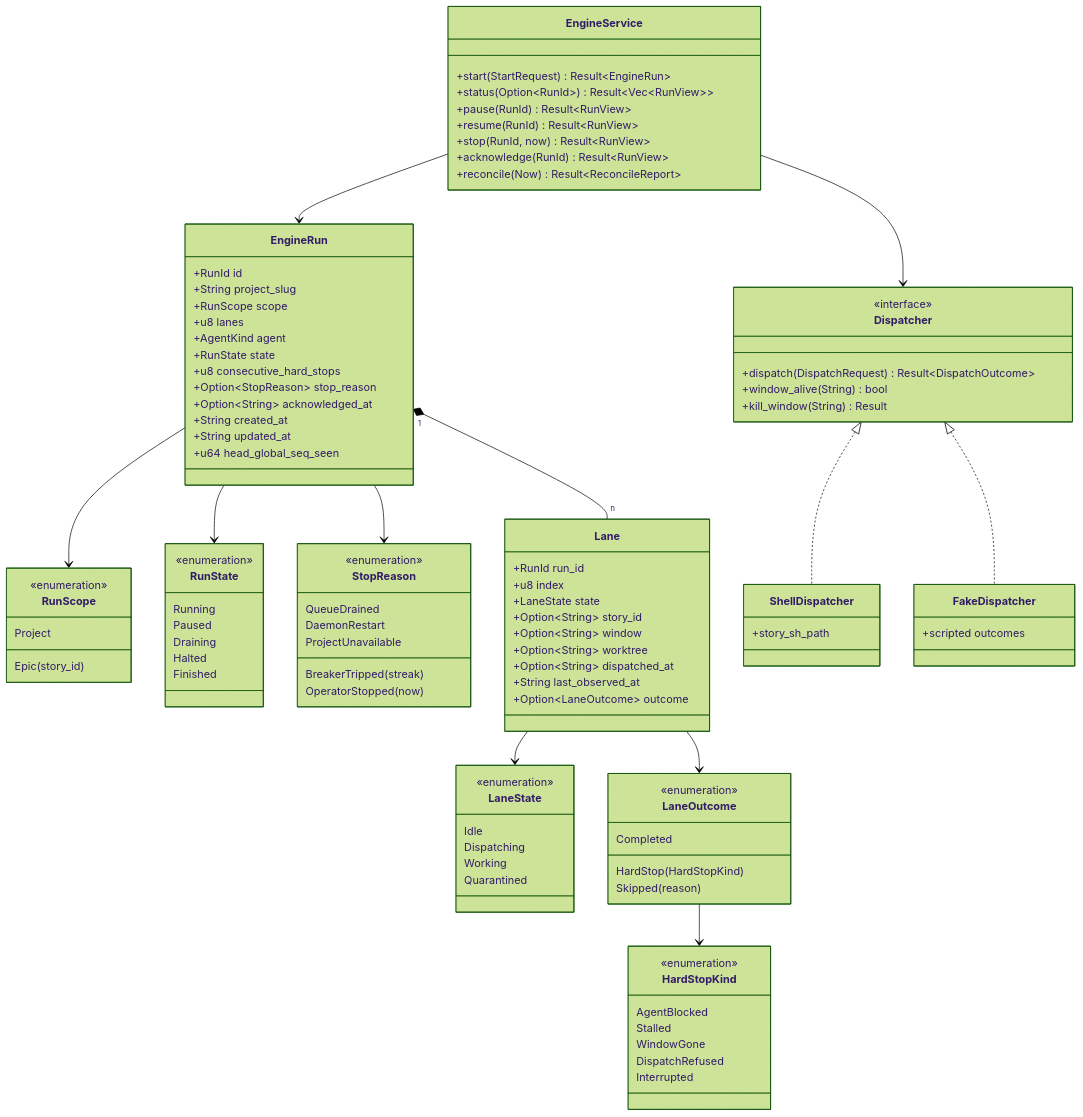
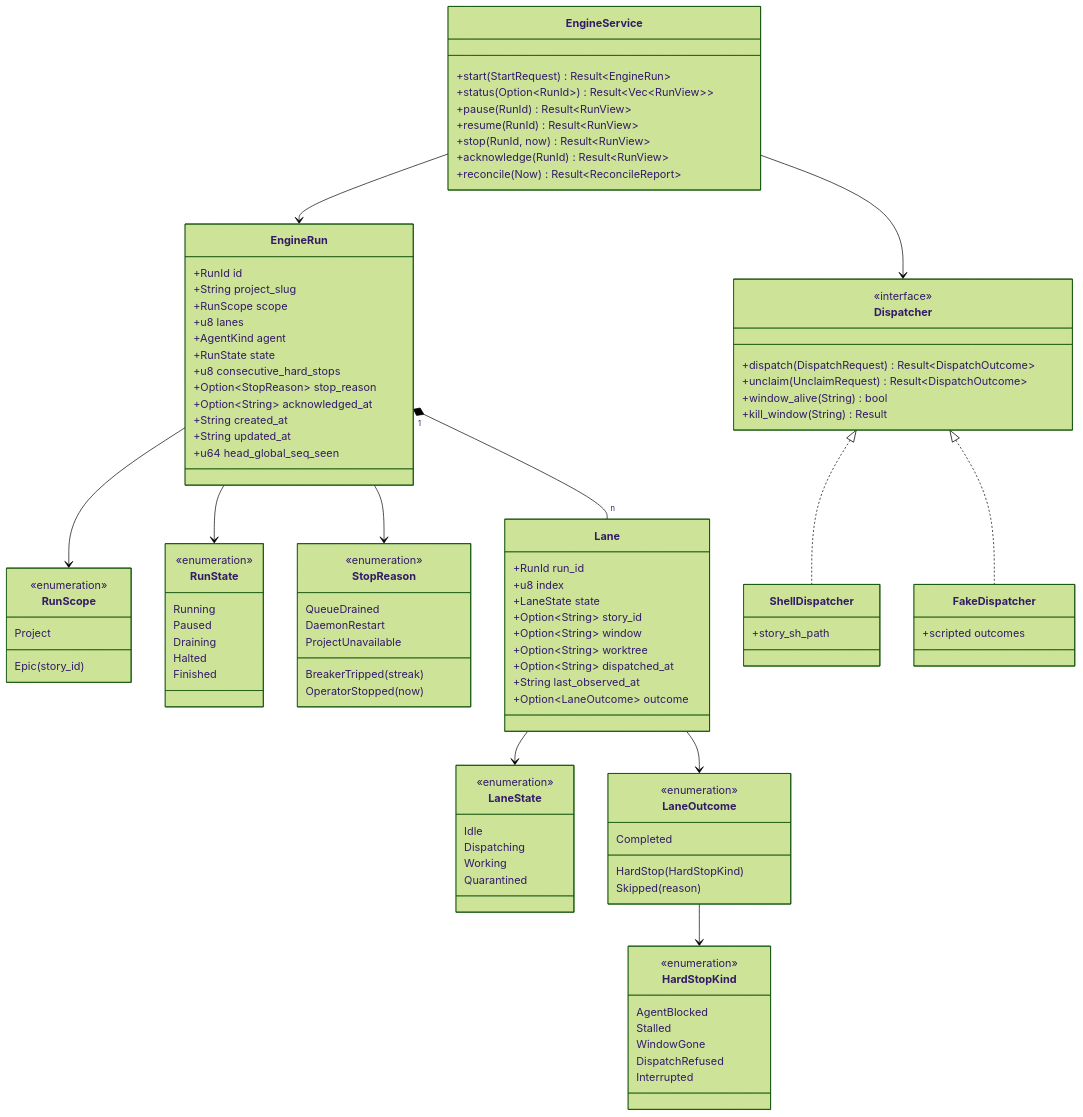
Before and after one commit to mikeydotio/storyhook: the second of 4 diagrams in docs/spec/full-auto-engine.md, drawn with Mermaid (forest theme). The commit also changed other lines of this file and 5 other files, not shown here.

```diff
--- a/docs/spec/full-auto-engine.md
+++ b/docs/spec/full-auto-engine.md
@@ -206,6 +206,7 @@
     class Dispatcher {
         <<interface>>
         +dispatch(DispatchRequest) Result~DispatchOutcome~
+        +unclaim(UnclaimRequest) Result~DispatchOutcome~
         +window_alive(String) bool
         +kill_window(String) Result
     }
```
